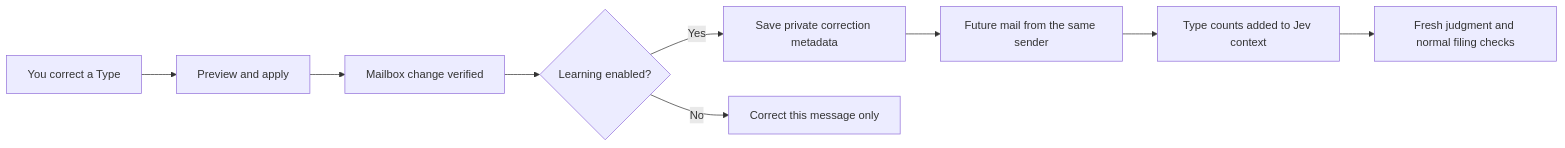
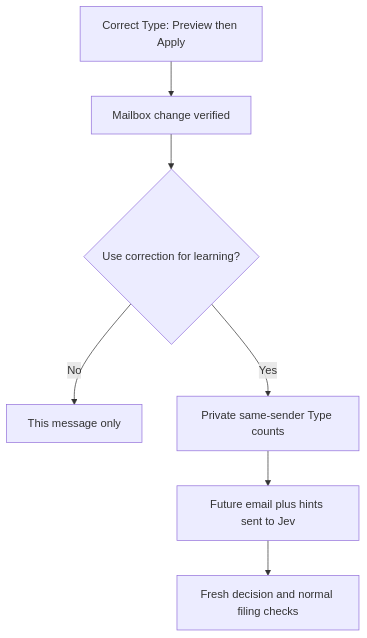
One commit to Taveren7/jev-outlook-organizer changed the diagram in README.md. Above: the diagram before and after it, drawn with Mermaid.

Commit message:
Keep learning diagram readable at GitHub content width

````diff
--- a/README.md
+++ b/README.md
@@ -75,11 +75,9 @@
 ```mermaid
-flowchart LR
-  A[You correct a Type] --> B[Preview and apply]
-  B --> C[Mailbox change verified]
-  C --> D{Learning enabled?}
-  D -->|Yes| E[Save private correction metadata]
-  E --> F[Future mail from the same sender]
-  F --> G[Type counts added to Jev context]
-  G --> H[Fresh judgment and normal filing checks]
-  D -->|No| I[Correct this message only]
+flowchart TB
+  A[Correct Type: Preview then Apply] --> B[Mailbox change verified]
+  B --> C{Use correction for learning?}
+  C -->|No| D[This message only]
+  C -->|Yes| E[Private same-sender Type counts]
+  E --> F[Future email plus hints sent to Jev]
+  F --> G[Fresh decision and normal filing checks]
 ```
````
